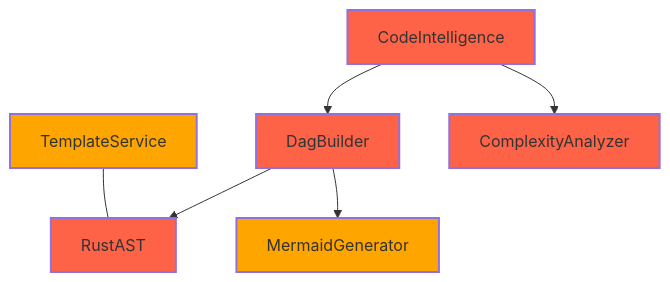
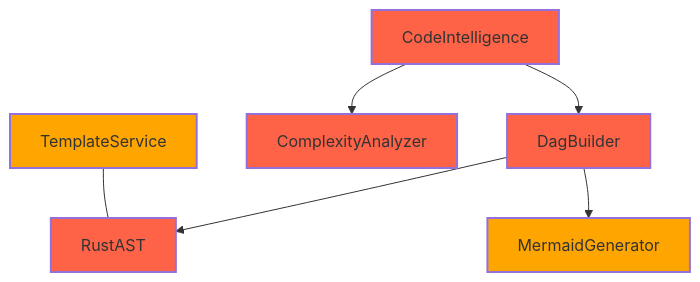
The diagram in artifacts/mermaid/ast-generated/styled/service-interactions.mmd (paiml/paiml-mcp-agent-toolkit), drawn with Mermaid before and after one commit. The commit also changed other lines of this file and 35 other files, not shown here.

```diff
--- a/artifacts/mermaid/ast-generated/styled/service-interactions.mmd
+++ b/artifacts/mermaid/ast-generated/styled/service-interactions.mmd
@@ -1,20 +1,20 @@
 graph TD
+    dag_builder[DagBuilder]
+    complexity[ComplexityAnalyzer]
     ast_rust[RustAST]
-    code_intelligence[CodeIntelligence]
     template_service[TemplateService]
     mermaid_generator[MermaidGenerator]
-    dag_builder[DagBuilder]
-    complexity[ComplexityAnalyzer]
+    code_intelligence[CodeIntelligence]
 
     code_intelligence --> dag_builder
     dag_builder --> ast_rust
     dag_builder --> mermaid_generator
     code_intelligence --> complexity
     template_service --- ast_rust
 
+    style dag_builder fill:#FF6347,stroke-width:2px
+    style complexity fill:#FF6347,stroke-width:2px
     style ast_rust fill:#FF6347,stroke-width:2px
-    style code_intelligence fill:#FF6347,stroke-width:2px
     style template_service fill:#FFA500,stroke-width:2px
     style mermaid_generator fill:#FFA500,stroke-width:2px
-    style dag_builder fill:#FF6347,stroke-width:2px
-    style complexity fill:#FF6347,stroke-width:2px
+    style code_intelligence fill:#FF6347,stroke-width:2px
```
